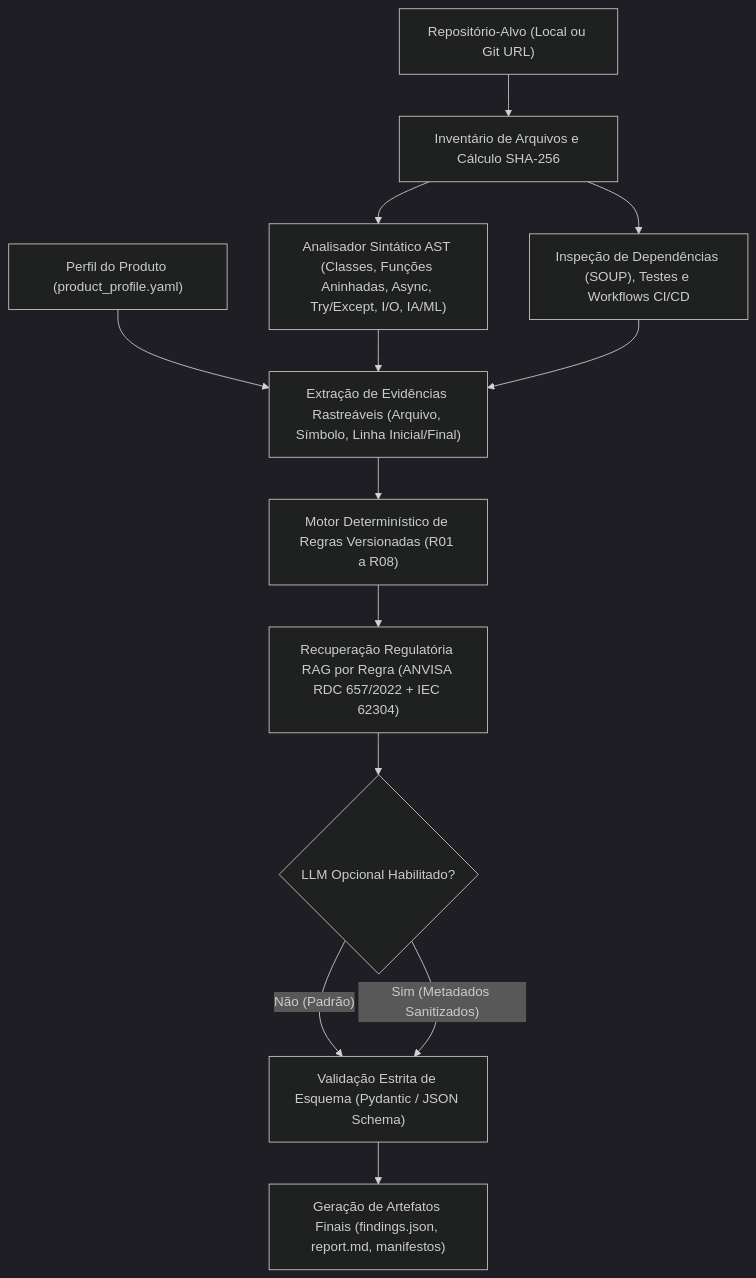
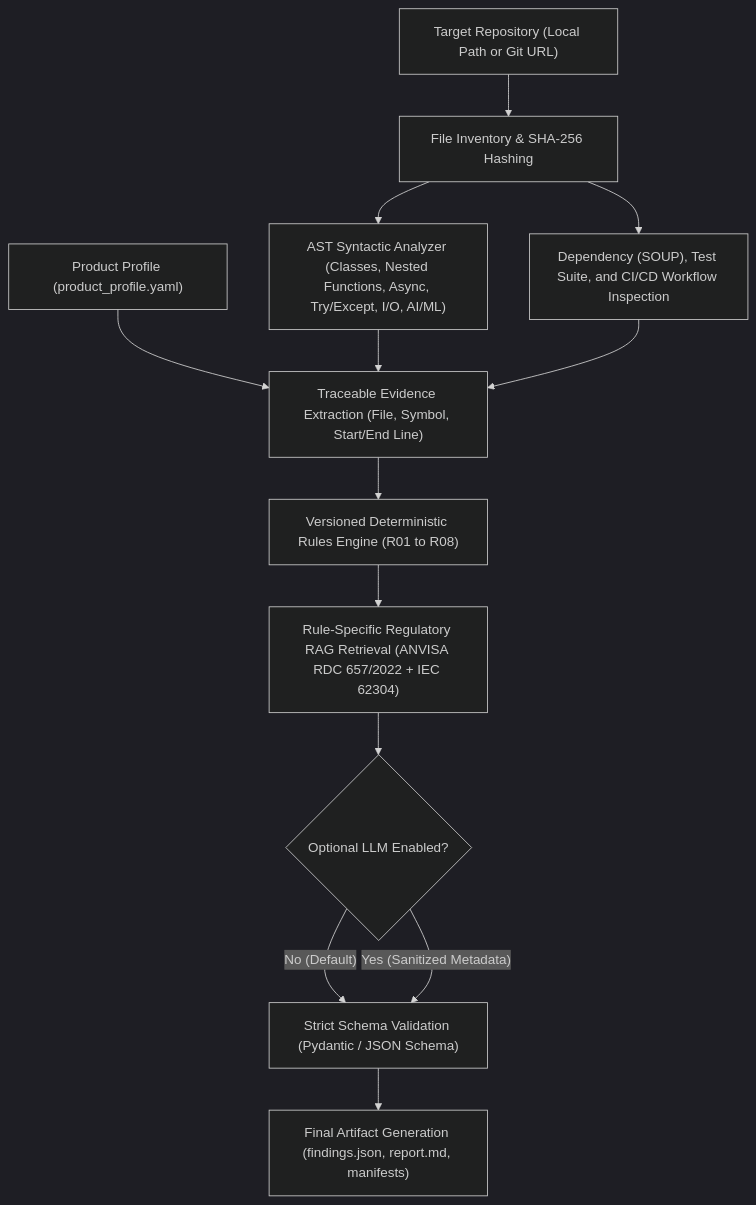
One commit to Vitor-Benosse/TraceAST-62304-Poc changed the diagram in ARCHITECTURE.md. Above: the diagram before and after it, drawn with Mermaid (dark theme). The commit also changed other lines of this file and 18 other files, not shown here.

````diff
--- a/ARCHITECTURE.md
+++ b/ARCHITECTURE.md
@@ -23,15 +29,15 @@
 ```mermaid
 flowchart TD
-    A["Repositório-Alvo (Local ou Git URL)"] --> B["Inventário de Arquivos e Cálculo SHA-256"]
-    P["Perfil do Produto (product_profile.yaml)"] --> E
-    B --> C["Analisador Sintático AST (Classes, Funções Aninhadas, Async, Try/Except, I/O, IA/ML)"]
-    B --> D["Inspeção de Dependências (SOUP), Testes e Workflows CI/CD"]
-    C --> E["Extração de Evidências Rastreáveis (Arquivo, Símbolo, Linha Inicial/Final)"]
+    A["Target Repository (Local Path or Git URL)"] --> B["File Inventory & SHA-256 Hashing"]
+    P["Product Profile (product_profile.yaml)"] --> E
+    B --> C["AST Syntactic Analyzer (Classes, Nested Functions, Async, Try/Except, I/O, AI/ML)"]
+    B --> D["Dependency (SOUP), Test Suite, and CI/CD Workflow Inspection"]
+    C --> E["Traceable Evidence Extraction (File, Symbol, Start/End Line)"]
     D --> E
-    E --> F["Motor Determinístico de Regras Versionadas (R01 a R08)"]
-    F --> G["Recuperação Regulatória RAG por Regra (ANVISA RDC 657/2022 + IEC 62304)"]
-    G --> H{"LLM Opcional Habilitado?"}
-    H -- "Não (Padrão)" --> I["Validação Estrita de Esquema (Pydantic / JSON Schema)"]
-    H -- "Sim (Metadados Sanitizados)" --> I
-    I --> J["Geração de Artefatos Finais (findings.json, report.md, manifestos)"]
+    E --> F["Versioned Deterministic Rules Engine (R01 to R08)"]
+    F --> G["Rule-Specific Regulatory RAG Retrieval (ANVISA RDC 657/2022 + IEC 62304)"]
+    G --> H{"Optional LLM Enabled?"}
+    H -- "No (Default)" --> I["Strict Schema Validation (Pydantic / JSON Schema)"]
+    H -- "Yes (Sanitized Metadata)" --> I
+    I --> J["Final Artifact Generation (findings.json, report.md, manifests)"]
 ```
````
